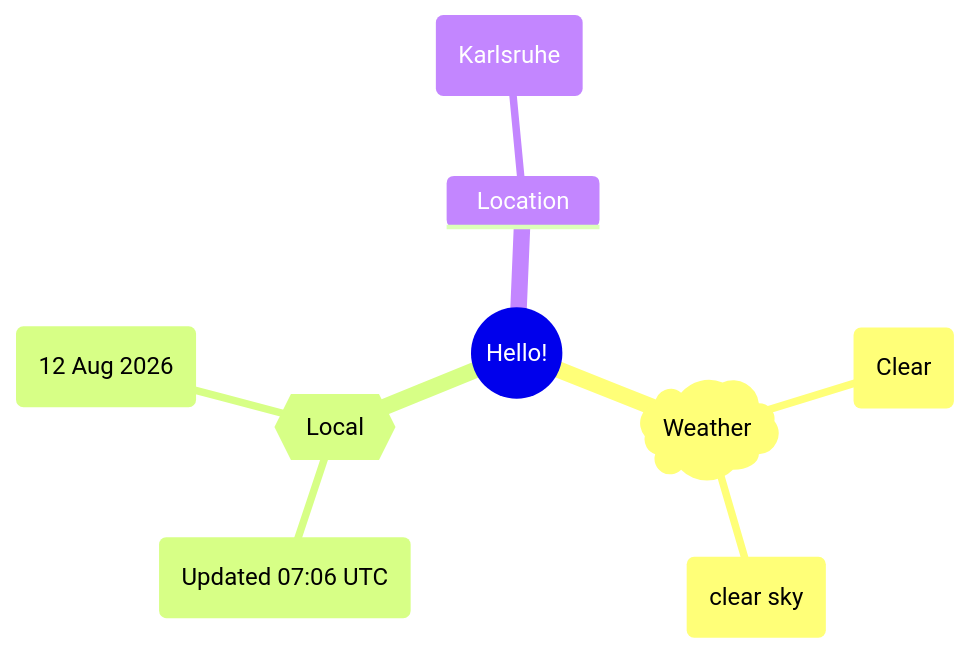
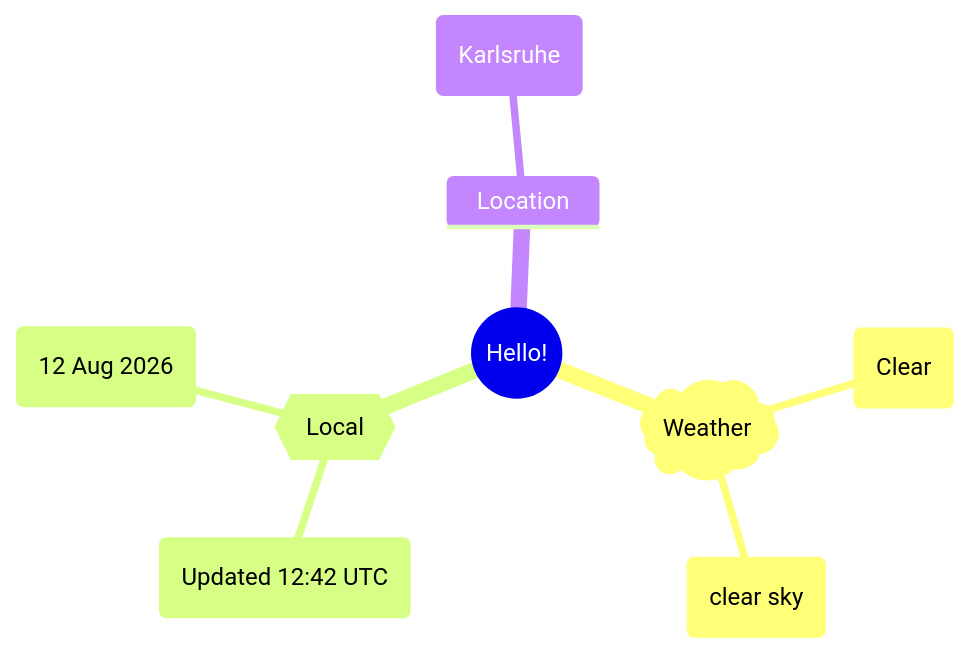
One commit to Xosrov/Xosrov changed the first of 2 diagrams in README.md. Above: the diagram before and after it, drawn with Mermaid.

Commit message:
[bot] updated images

````diff
--- a/README.md
+++ b/README.md
@@ -3,12 +3,12 @@
 ```mermaid
 mindmap
   root((Hello!))
     )Weather(
         (Clear)
         (clear sky)
     {{Local}}
-        (Updated 07:06 UTC)
+        (Updated 12:42 UTC)
         (12 Aug 2026)
     Location
         (Karlsruhe)
 ```
````
